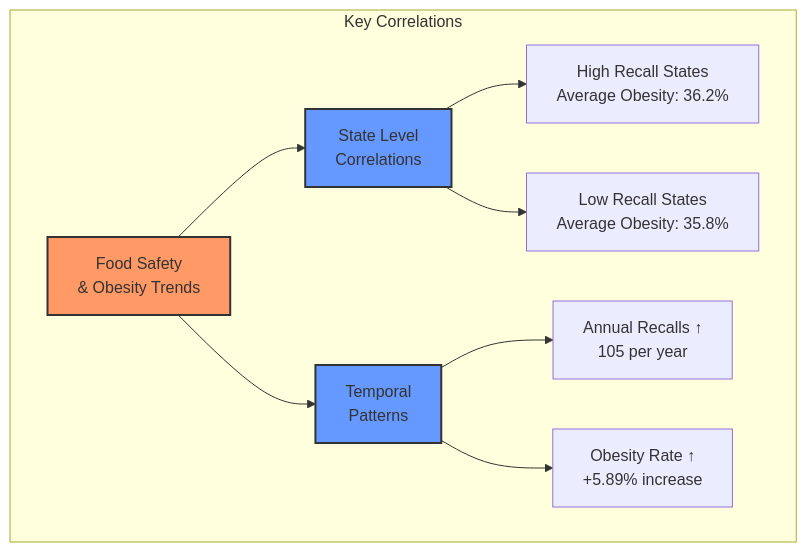
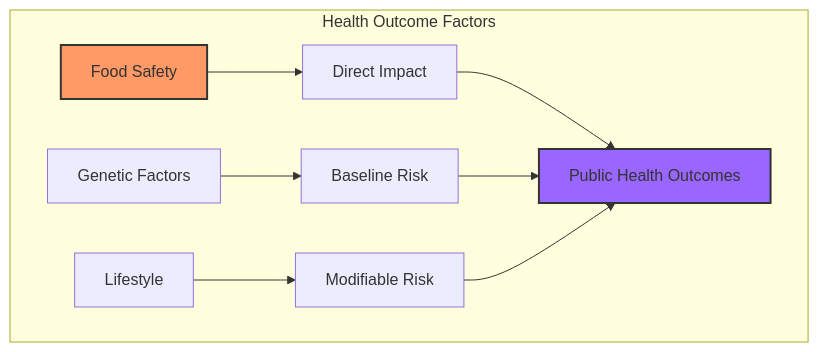
Before and after one commit to gsinghjay/data-dashboard: diagram 13 of 22 in README.md, drawn with Mermaid. The commit also changed other lines of this file, not shown here.

````diff
--- a/README.md
+++ b/README.md
@@ -267,17 +230,15 @@
 ```mermaid
 graph TB
-    subgraph "Key Correlations"
-        A[Food Safety<br/>& Obesity Trends] --> B[State Level<br/>Correlations]
-        A --> C[Temporal<br/>Patterns]
+    subgraph "Health Outcome Factors"
+        A[Food Safety] --> B[Direct Impact]
+        C[Genetic Factors] --> D[Baseline Risk]
+        E[Lifestyle] --> F[Modifiable Risk]
         
-        B --> D[High Recall States<br/>Average Obesity: 36.2%]
-        B --> E[Low Recall States<br/>Average Obesity: 35.8%]
-        
-        C --> F[Annual Recalls ↑<br/>105 per year]
-        C --> G[Obesity Rate ↑<br/>+5.89% increase]
+        B --> G[Public Health Outcomes]
+        D --> G
+        F --> G
     end
     
     style A fill:#f96,stroke:#333,stroke-width:2px
-    style B fill:#69f,stroke:#333,stroke-width:2px
-    style C fill:#69f,stroke:#333,stroke-width:2px
+    style G fill:#96f,stroke:#333,stroke-width:2px
 ```
````
